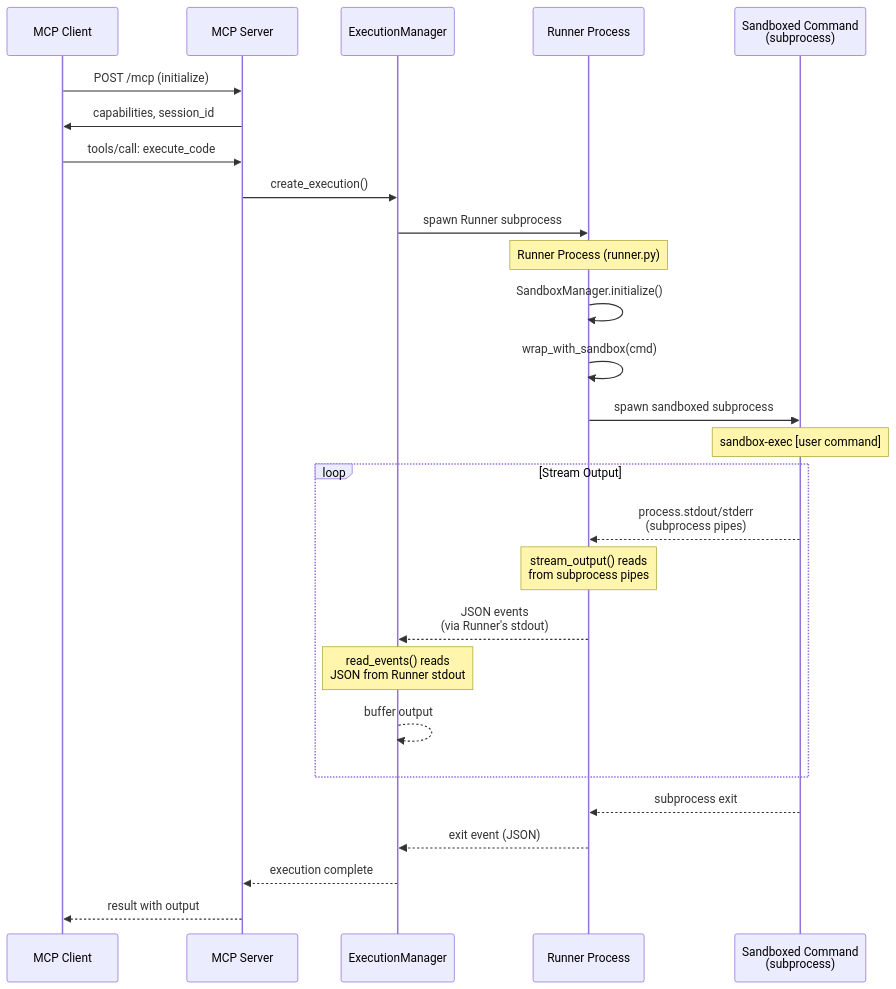
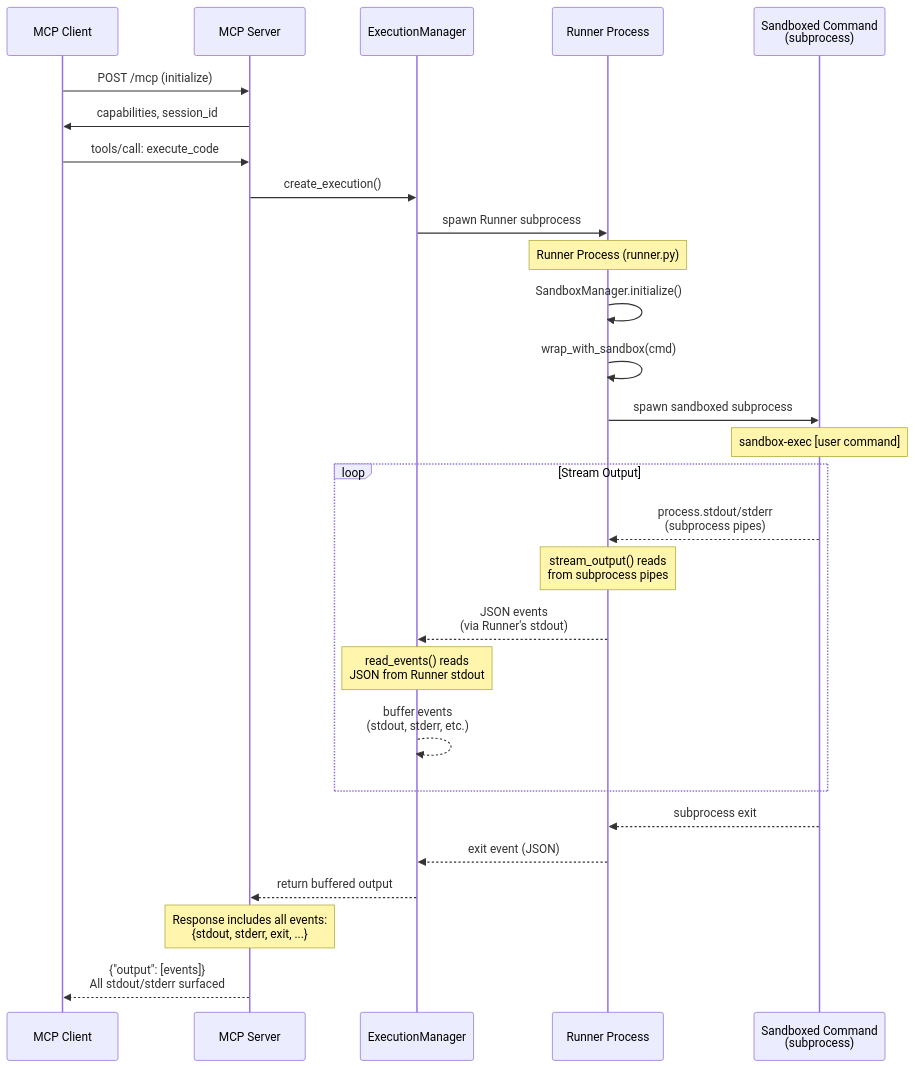
Before and after one commit to thoo/sandbox-runtime-py: the third of 4 diagrams in sandbox_runtime/server/README.md, drawn with Mermaid.

Commit message:
Show that stdout/stderr events are surfaced to the client
The execution flow diagram showed output being buffered but didn't make it
clear that these events are actually returned to the client in the response.

Updated to explicitly show:
- ExecutionManager returns buffered output to MCP Server
- Server response includes all events: {stdout, stderr, exit, ...}
- Final arrow labeled: {"output": [events]} - All stdout/stderr surfaced

This clarifies that stdout/stderr events from the sandboxed command are not
just buffered internally, but are actually included in the JSON response
sent back to the MCP client.

````diff
--- a/sandbox_runtime/server/README.md
+++ b/sandbox_runtime/server/README.md
@@ -268,33 +268,34 @@
 ```mermaid
 sequenceDiagram
     participant C as MCP Client
     participant S as MCP Server
     participant E as ExecutionManager
     participant R as Runner Process
     participant B as Sandboxed Command<br/>(subprocess)
 
     C->>S: POST /mcp (initialize)
     S->>C: capabilities, session_id
 
     C->>S: tools/call: execute_code
     S->>E: create_execution()
     E->>R: spawn Runner subprocess
     Note over R: Runner Process (runner.py)
     R->>R: SandboxManager.initialize()
     R->>R: wrap_with_sandbox(cmd)
     R->>B: spawn sandboxed subprocess
     Note over B: sandbox-exec [user command]
 
     loop Stream Output
         B-->>R: process.stdout/stderr<br/>(subprocess pipes)
         Note over R: stream_output() reads<br/>from subprocess pipes
         R-->>E: JSON events<br/>(via Runner's stdout)
         Note over E: read_events() reads<br/>JSON from Runner stdout
-        E-->>E: buffer output
+        E-->>E: buffer events<br/>(stdout, stderr, etc.)
     end
 
     B-->>R: subprocess exit
     R-->>E: exit event (JSON)
-    E-->>S: execution complete
-    S-->>C: result with output
+    E-->>S: return buffered output
+    Note over S: Response includes all events:<br/>{stdout, stderr, exit, ...}
+    S-->>C: {"output": [events]}<br/>All stdout/stderr surfaced
 ```
````
